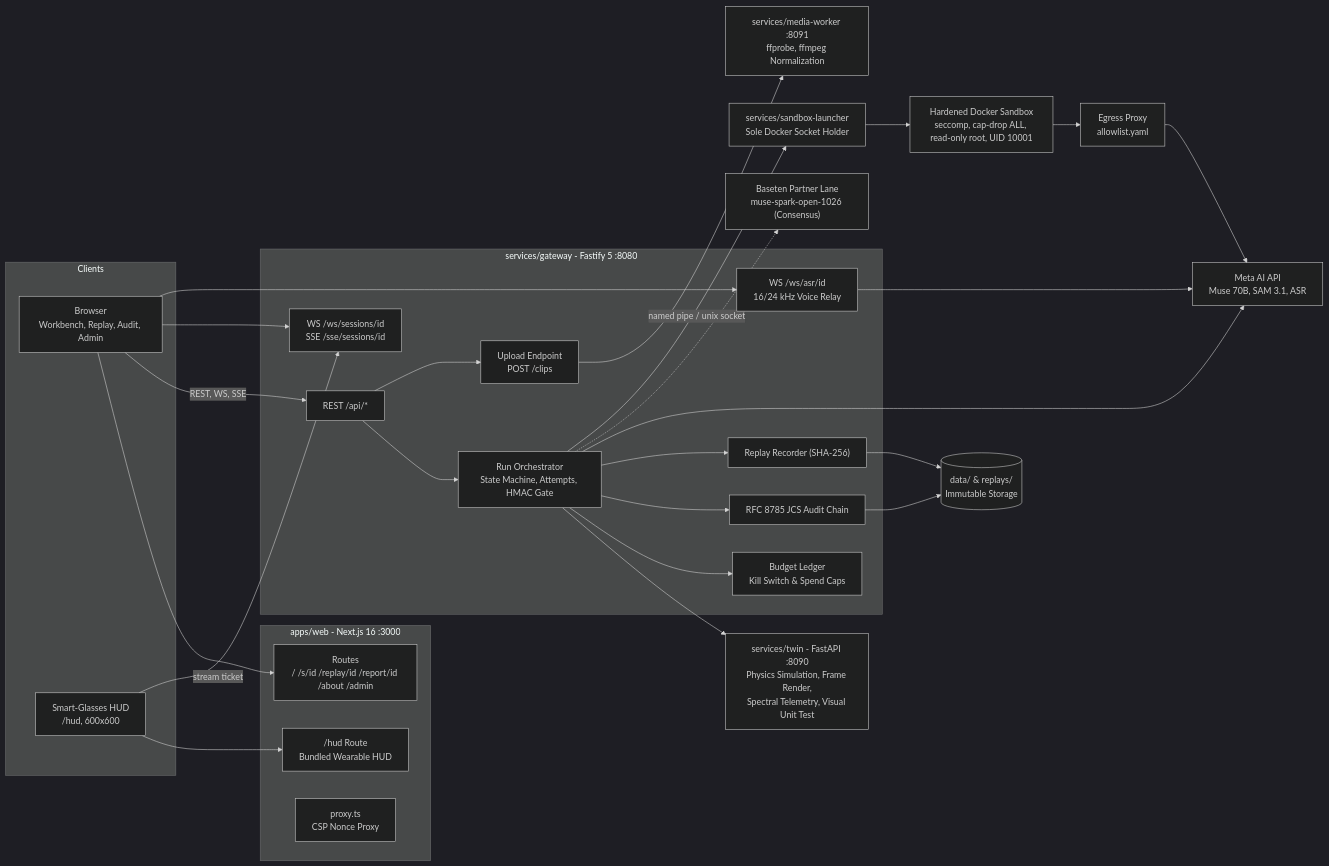
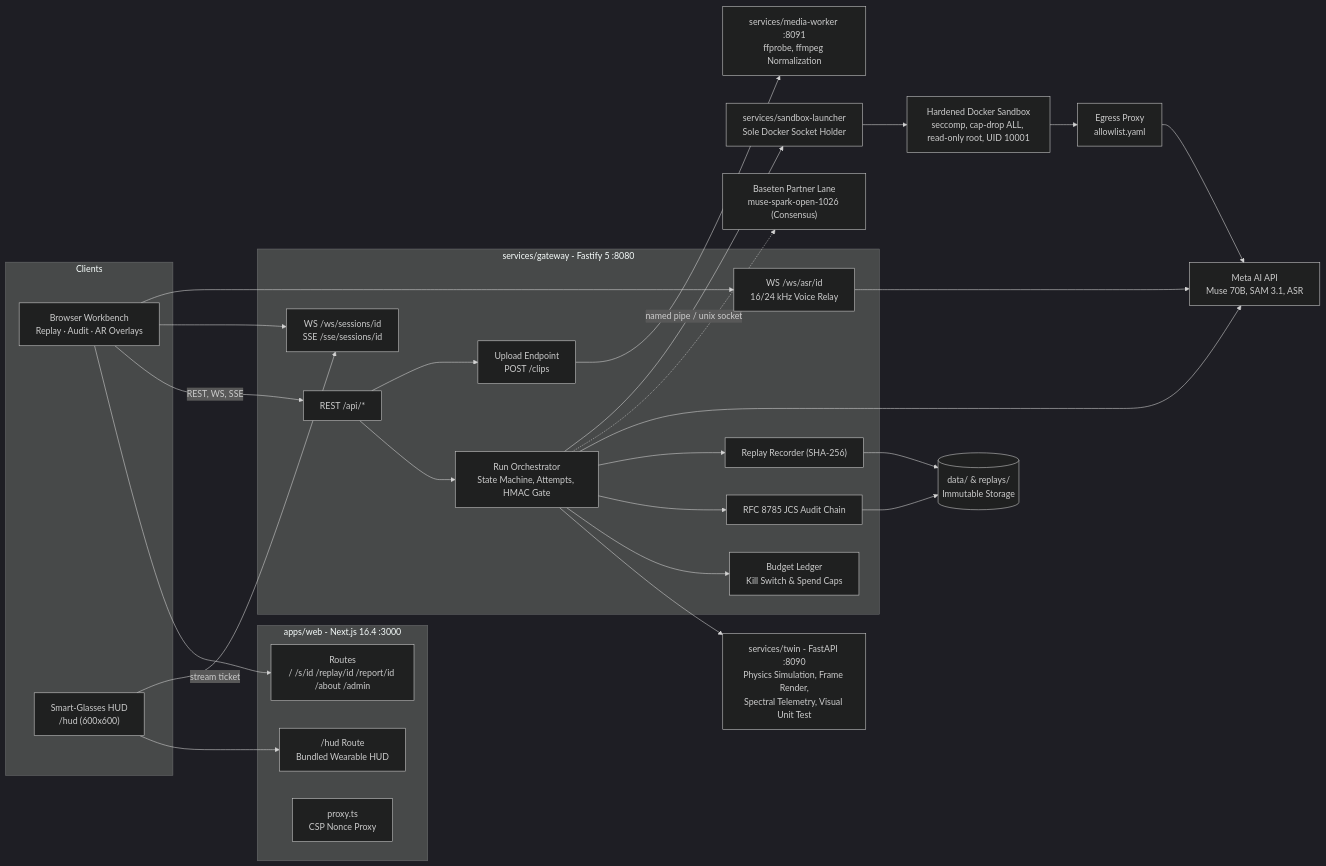
Before and after one commit to BugHunterX2101/chronosight-mcp: the first of 4 diagrams in README.md, drawn with Mermaid (dark theme). The commit also changed other lines of this file, not shown here.

Commit message:
docs: streamline README with high-impact innovations and complete Mermaid architecture diagrams

````diff
--- a/README.md
+++ b/README.md
@@ -110,56 +96,56 @@
 ```mermaid
 flowchart LR
     subgraph clients["Clients"]
-        BR["Browser<br/>Workbench, Replay, Audit, Admin"]
-        HUD["Smart-Glasses HUD<br/>/hud, 600x600"]
+        BR["Browser Workbench<br/>Replay · Audit · AR Overlays"]
+        HUD["Smart-Glasses HUD<br/>/hud (600x600)"]
     end
 
-    subgraph web["apps/web - Next.js 16 :3000"]
+    subgraph web["apps/web - Next.js 16.4 :3000"]
         PAGES["Routes<br/>/ /s/id /replay/id /report/id /about /admin"]
         HUDB["/hud Route<br/>Bundled Wearable HUD"]
         PX["proxy.ts<br/>CSP Nonce Proxy"]
     end
 
     subgraph gw["services/gateway - Fastify 5 :8080"]
         API["REST /api/*"]
         RT["WS /ws/sessions/id<br/>SSE /sse/sessions/id"]
         ASR["WS /ws/asr/id<br/>16/24 kHz Voice Relay"]
         ORCH["Run Orchestrator<br/>State Machine, Attempts, HMAC Gate"]
         LED["Budget Ledger<br/>Kill Switch & Spend Caps"]
         AUD["RFC 8785 JCS Audit Chain"]
         REC["Replay Recorder (SHA-256)"]
         UP["Upload Endpoint<br/>POST /clips"]
     end
 
     TWIN["services/twin - FastAPI :8090<br/>Physics Simulation, Frame Render,<br/>Spectral Telemetry, Visual Unit Test"]
     MW["services/media-worker :8091<br/>ffprobe, ffmpeg Normalization"]
     LCH["services/sandbox-launcher<br/>Sole Docker Socket Holder"]
     SBX["Hardened Docker Sandbox<br/>seccomp, cap-drop ALL, read-only root, UID 10001"]
     EGR["Egress Proxy<br/>allowlist.yaml"]
     META["Meta AI API<br/>Muse 70B, SAM 3.1, ASR"]
     PART["Baseten Partner Lane<br/>muse-spark-open-1026 (Consensus)"]
     DISK[("data/ & replays/<br/>Immutable Storage")]
 
     BR --> PAGES
     HUD --> HUDB
     BR -->|"REST, WS, SSE"| API
     BR --> RT
     BR --> ASR
     HUD -->|"stream ticket"| RT
     API --> ORCH
     API --> UP
     ORCH --> TWIN
     ORCH --> LED
     ORCH --> AUD
     ORCH --> REC
     UP --> MW
     ORCH --> META
     ORCH -.-> PART
     ORCH -->|"named pipe / unix socket"| LCH
     LCH --> SBX
     SBX --> EGR
     EGR --> META
     ASR --> META
     REC --> DISK
     AUD --> DISK
 ```
````
